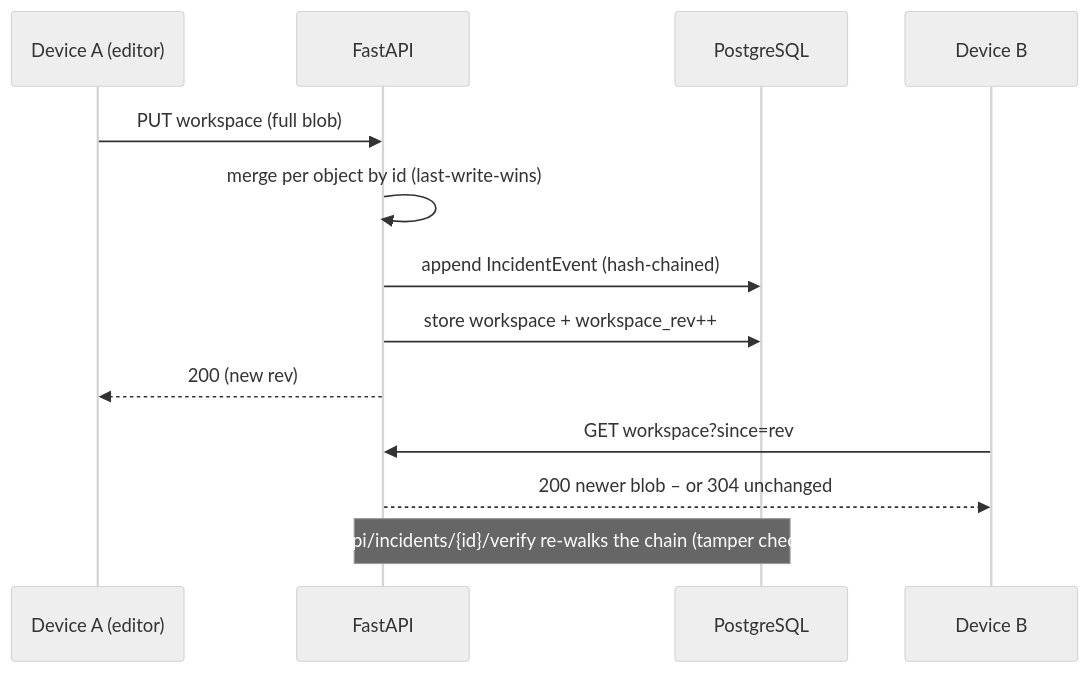
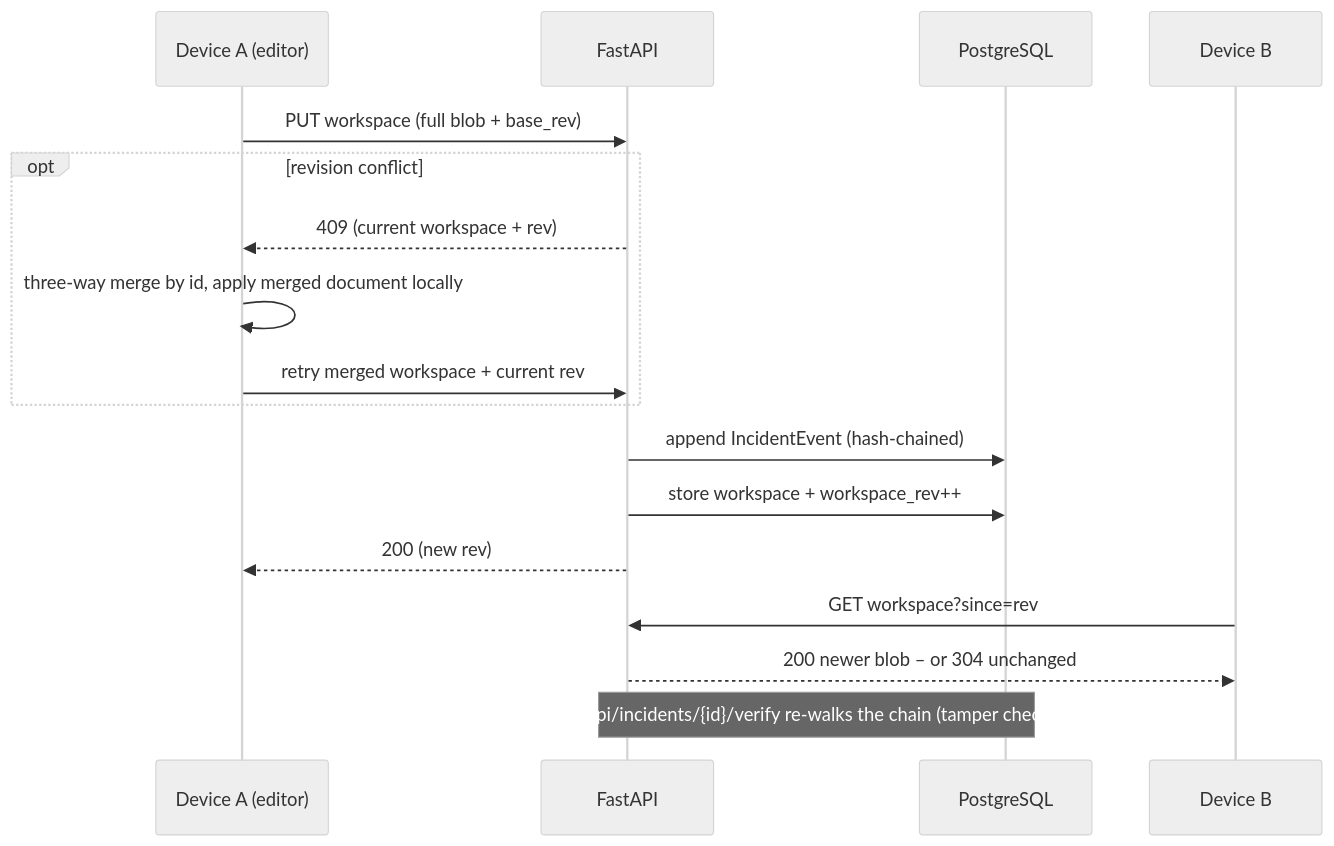
One commit to feuerwehr-oberwil/kp-front changed the fourth of 5 diagrams in docs/ARCHITECTURE.md. Above: the diagram before and after it, drawn with Mermaid (neutral theme). The commit also changed other lines of this file and 76 other files, not shown here.

````diff
--- a/docs/ARCHITECTURE.md
+++ b/docs/ARCHITECTURE.md
@@ -136,15 +136,19 @@
 ```mermaid
 sequenceDiagram
   participant A as Device A (editor)
   participant API as FastAPI
   participant DB as PostgreSQL
   participant B as Device B
-  A->>API: PUT workspace (full blob)
-  API->>API: merge per object by id (last-write-wins)
+  A->>API: PUT workspace (full blob + base_rev)
+  opt revision conflict
+    API-->>A: 409 (current workspace + rev)
+    A->>A: three-way merge by id, apply merged document locally
+    A->>API: retry merged workspace + current rev
+  end
   API->>DB: append IncidentEvent (hash-chained)
   API->>DB: store workspace + workspace_rev++
   API-->>A: 200 (new rev)
   B->>API: GET workspace?since=rev
   API-->>B: 200 newer blob – or 304 unchanged
   Note over API,DB: /api/incidents/{id}/verify re-walks the chain (tamper check)
 ```
````
